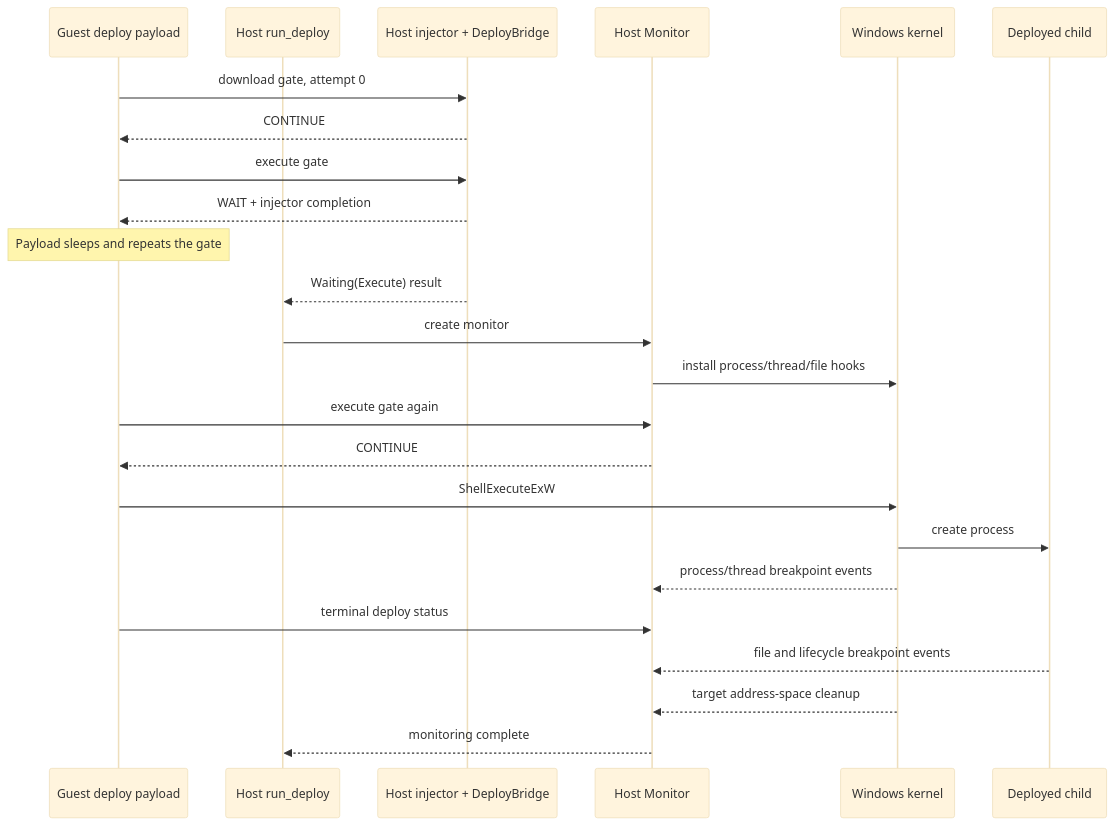
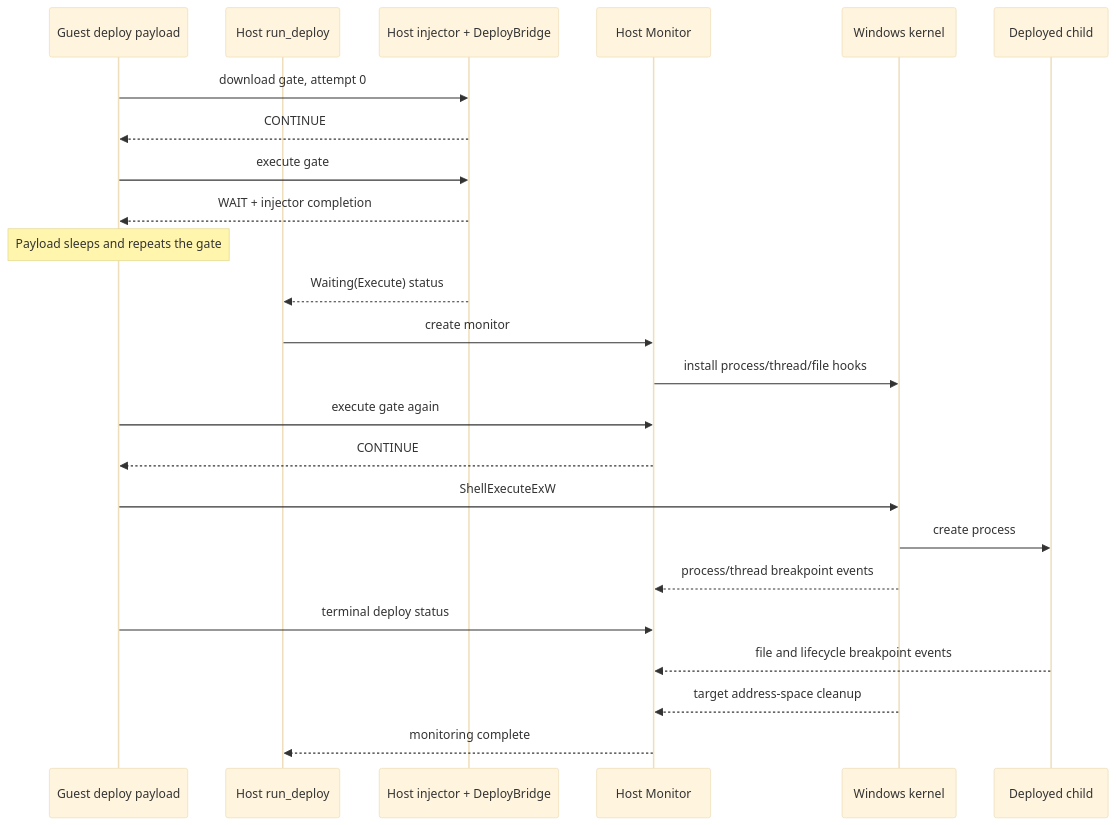
One commit to vmi-rs/vmi changed the third of 3 diagrams in examples/windows-bridge/README.md. Above: the diagram before and after it, drawn with Mermaid (base theme). The commit also changed other lines of this file and 10 other files, not shown here.

````diff
--- a/examples/windows-bridge/README.md
+++ b/examples/windows-bridge/README.md
@@ -163,27 +163,27 @@
 ```mermaid
 sequenceDiagram
     participant G as Guest deploy payload
     participant H as Host run_deploy
     participant I as Host injector + DeployBridge
     participant M as Host Monitor
     participant W as Windows kernel
     participant C as Deployed child
 
     G->>I: download gate, attempt 0
     I-->>G: CONTINUE
     G->>I: execute gate
     I-->>G: WAIT + injector completion
     Note over G: Payload sleeps and repeats the gate
-    I-->>H: Waiting(Execute) result
+    I-->>H: Waiting(Execute) status
     H->>M: create monitor
     M->>W: install process/thread/file hooks
     G->>M: execute gate again
     M-->>G: CONTINUE
     G->>W: ShellExecuteExW
     W->>C: create process
     W-->>M: process/thread breakpoint events
     G->>M: terminal deploy status
     C-->>M: file and lifecycle breakpoint events
     W-->>M: target address-space cleanup
     M-->>H: monitoring complete
 ```
````
